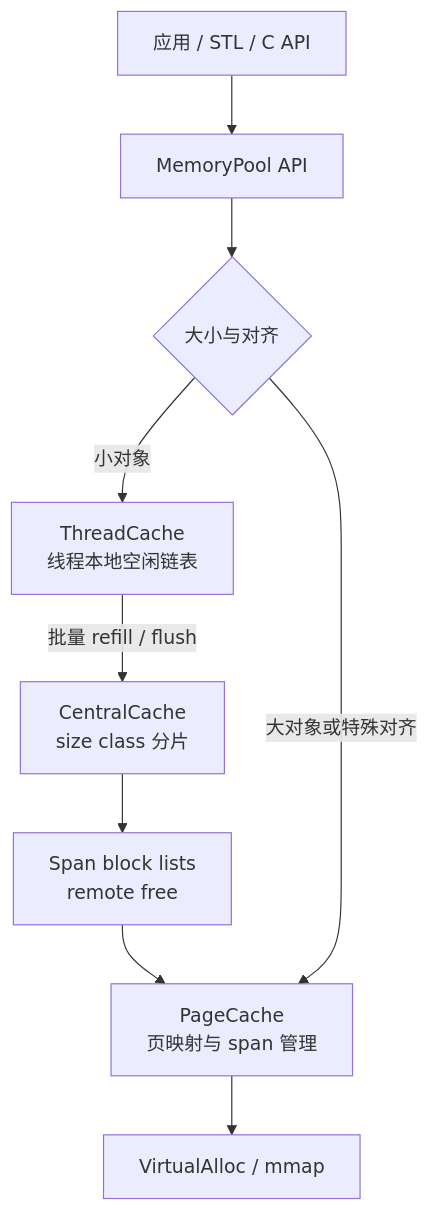
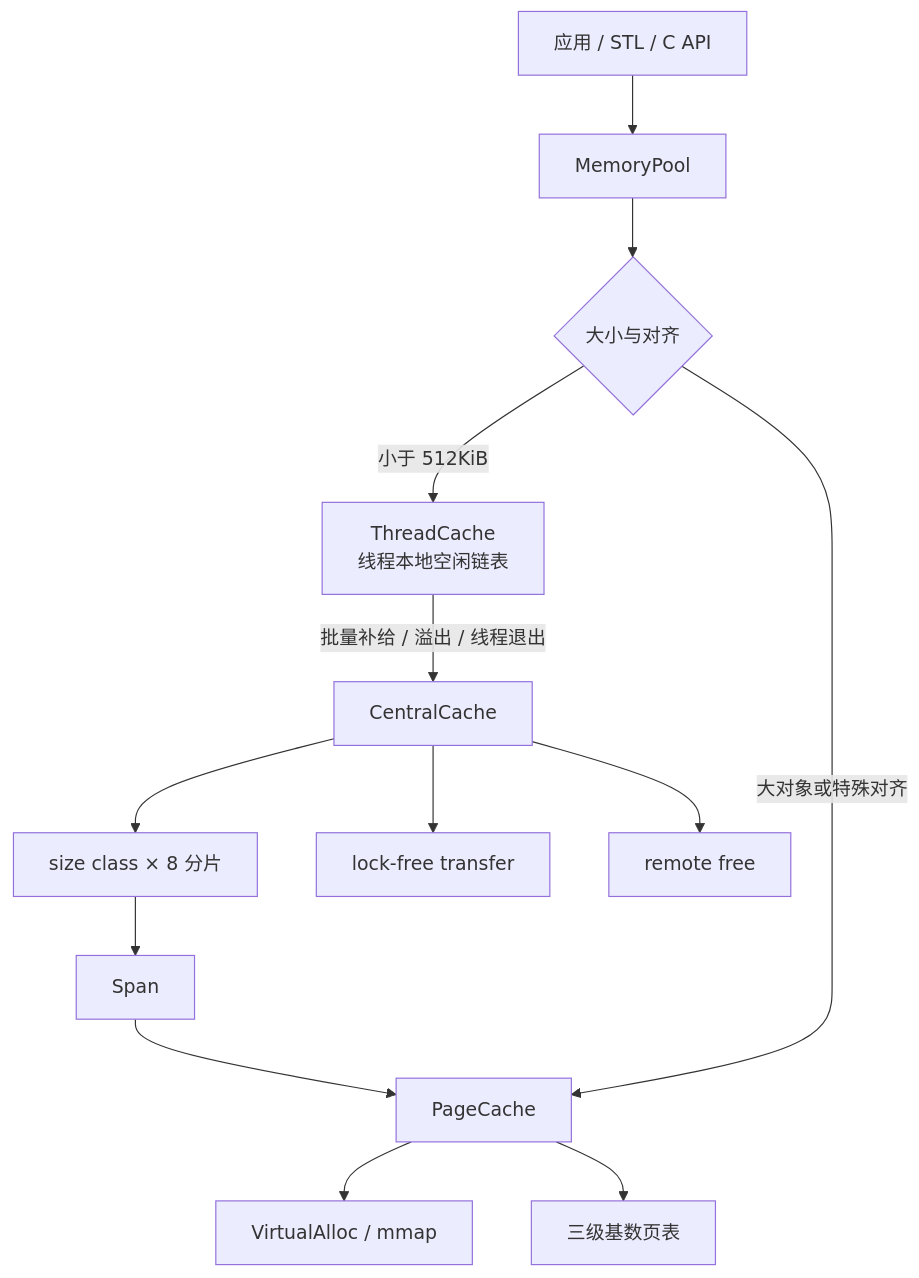
The first of 3 diagrams in README.md (xmd-hs/my-MemoryPool), drawn with Mermaid before and after one commit. The commit also changed other lines of this file and 17 other files, not shown here.

````diff
--- a/README.md
+++ b/README.md
@@ -13,11 +129,15 @@
 ```mermaid
 flowchart TB
-    A[应用 / STL / C API] --> B[MemoryPool API]
+    A[应用 / STL / C API] --> B[MemoryPool]
     B --> C{大小与对齐}
-    C -->|小对象| D[ThreadCache\n线程本地空闲链表]
-    D -->|批量 refill / flush| E[CentralCache\nsize class 分片]
-    E --> F[Span block lists\nremote free]
-    F --> G[PageCache\n页映射与 span 管理]
+    C -->|小于 512KiB| D[ThreadCache<br/>线程本地空闲链表]
+    D -->|批量补给 / 溢出 / 线程退出| E[CentralCache]
+    E --> E1[size class × 8 分片]
+    E --> E2[lock-free transfer]
+    E --> E3[remote free]
+    E1 --> F[Span]
+    F --> G[PageCache]
     C -->|大对象或特殊对齐| G
     G --> H[VirtualAlloc / mmap]
+    G --> I[三级基数页表]
 ```
````
